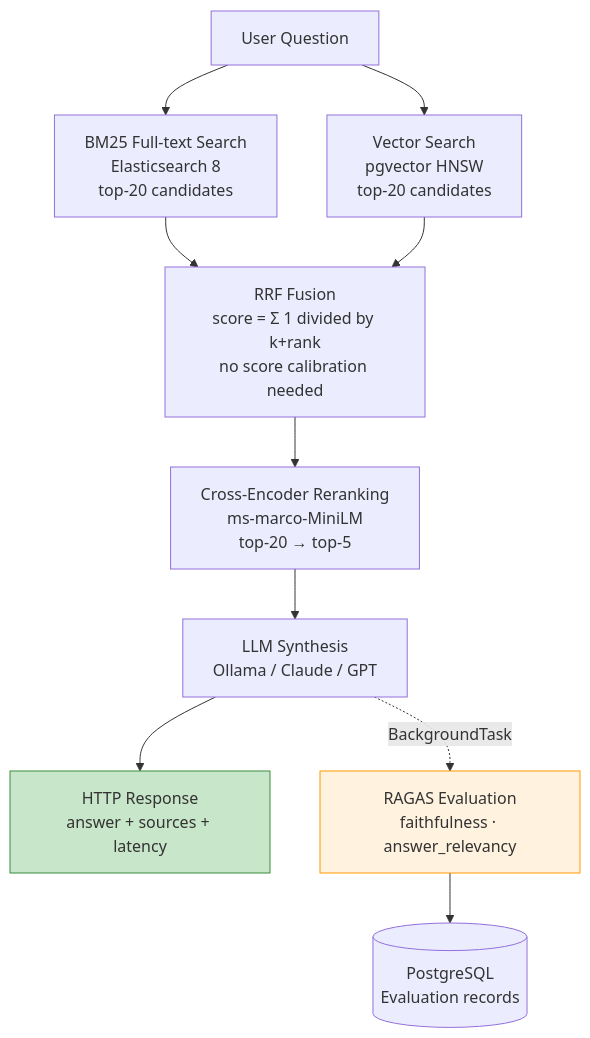
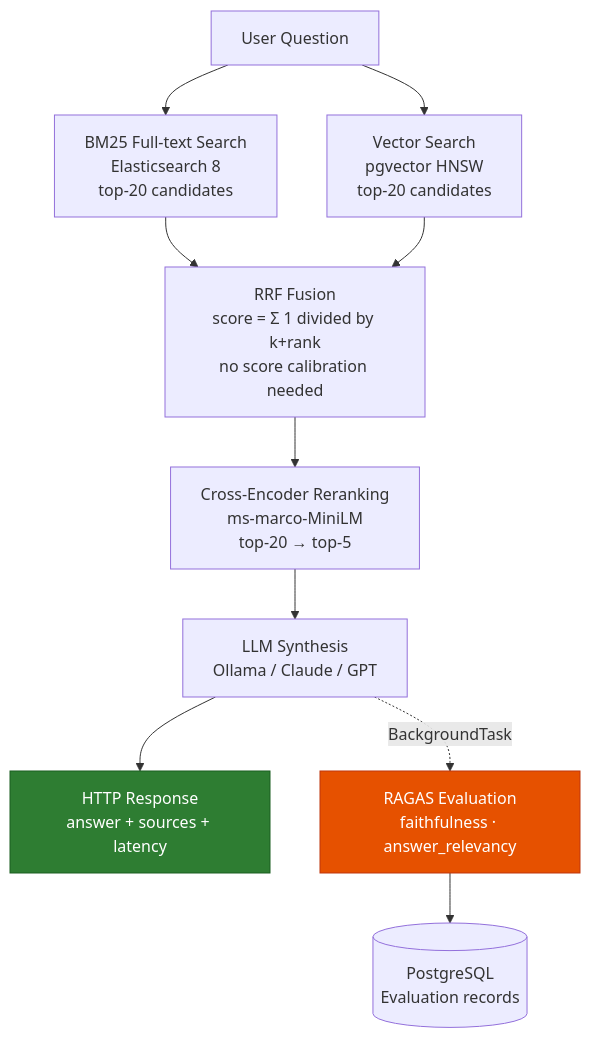
One commit to MOURYAN-MB/RAG-systems changed the seventh of 9 diagrams in README.md. Above: the diagram before and after it, drawn with Mermaid. The commit also changed other lines of this file, not shown here.

````diff
--- a/README.md
+++ b/README.md
@@ -166,15 +166,15 @@
 ```mermaid
 flowchart TD
     Q[User Question] --> BM25[BM25 Full-text Search\nElasticsearch 8\ntop-20 candidates]
     Q --> VEC[Vector Search\npgvector HNSW\ntop-20 candidates]
     BM25 --> RRF[RRF Fusion\nscore = Σ 1 divided by k+rank\nno score calibration needed]
     VEC --> RRF
     RRF --> RERANK[Cross-Encoder Reranking\nms-marco-MiniLM\ntop-20 → top-5]
     RERANK --> LLM[LLM Synthesis\nOllama / Claude / GPT]
     LLM --> RESP[HTTP Response\nanswer + sources + latency]
     LLM -.->|BackgroundTask| RAGAS[RAGAS Evaluation\nfaithfulness · answer_relevancy]
     RAGAS --> DB[(PostgreSQL\nEvaluation records)]
 
-    style RESP fill:#c8e6c9,stroke:#388E3C
-    style RAGAS fill:#fff3e0,stroke:#FF9800
+    style RESP fill:#2E7D32,stroke:#1B5E20,color:#FFFFFF
+    style RAGAS fill:#E65100,stroke:#BF360C,color:#FFFFFF
 ```
````
